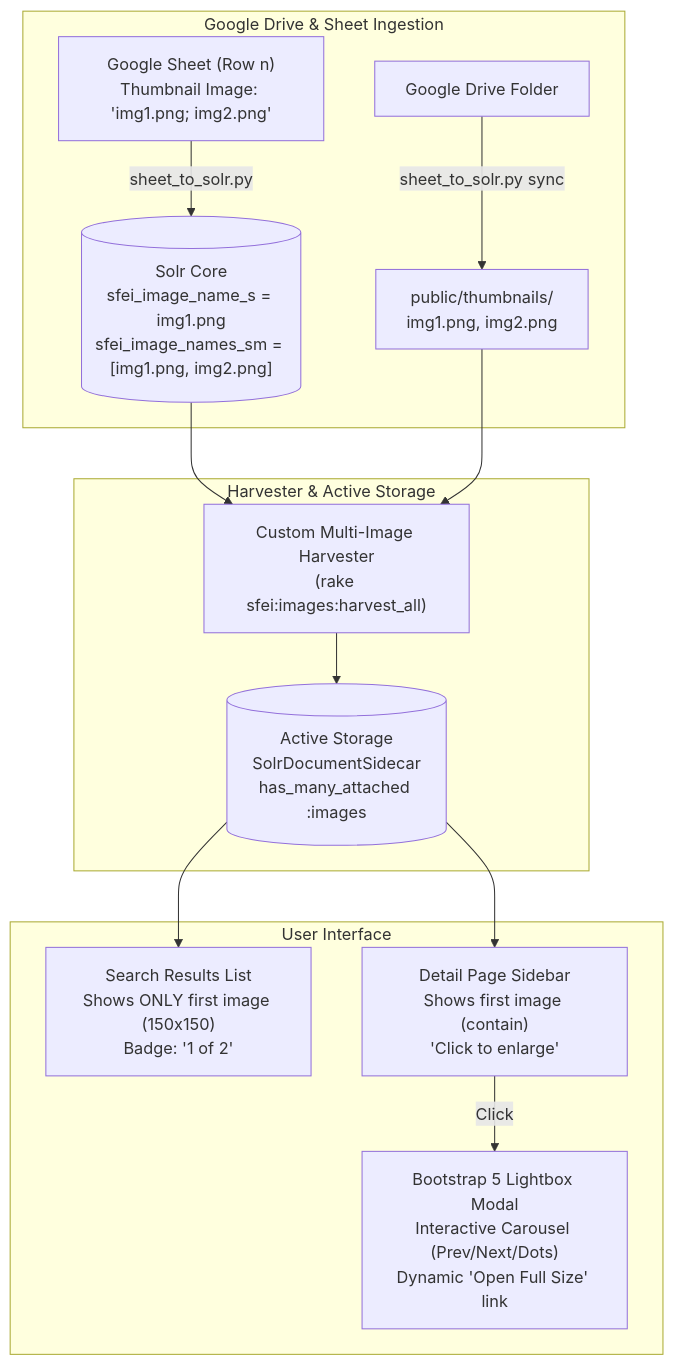
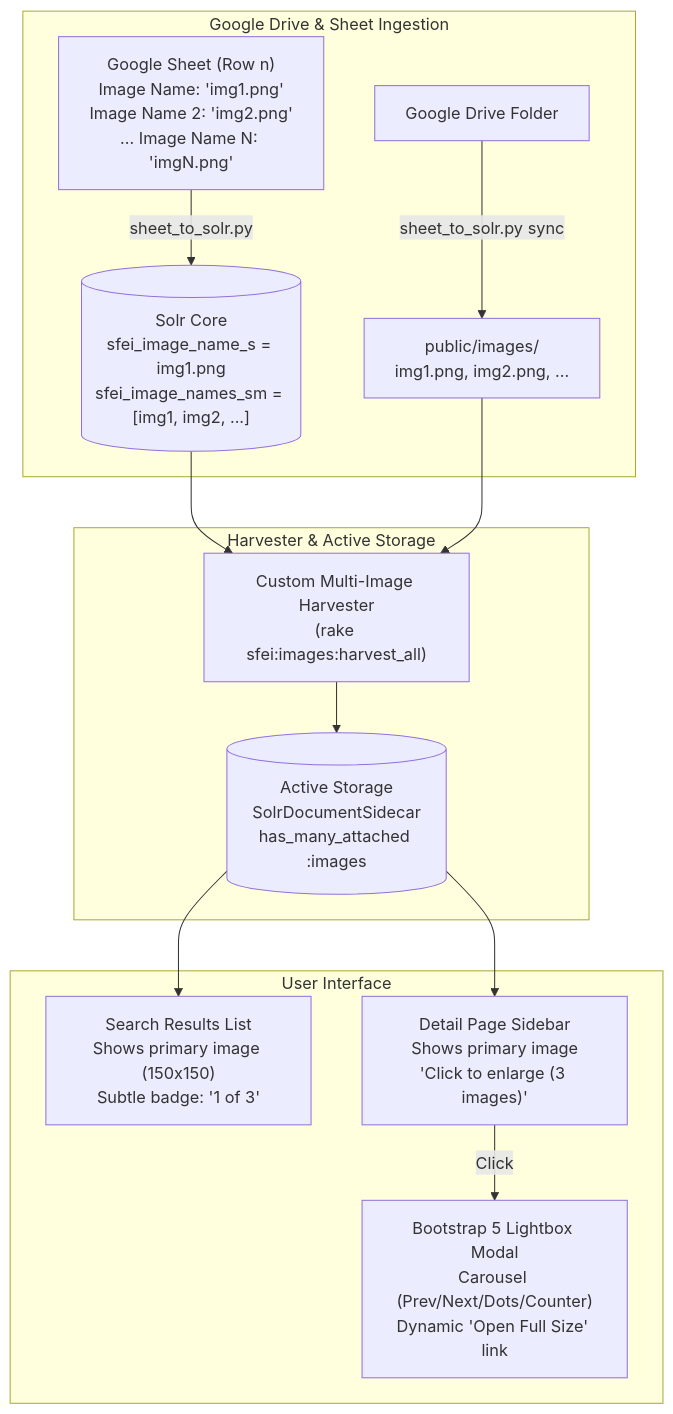
One commit to noorsheikh2/SFEI-GeoBlacklight-Internal changed the diagram in docs/specs/multiple-images-spec.md. Above: the diagram before and after it, drawn with Mermaid. The commit also changed other lines of this file and 14 other files, not shown here.

First line of the commit message:
feat: support multiple dataset images with lightbox carousel (#14)

````diff
--- a/docs/specs/multiple-images-spec.md
+++ b/docs/specs/multiple-images-spec.md
@@ -62,19 +36,19 @@
 ```mermaid
 flowchart TD
     subgraph S1["Google Drive & Sheet Ingestion"]
-        GS["Google Sheet (Row n)<br/>Thumbnail Image: 'img1.png; img2.png'"] -->|sheet_to_solr.py| Solr[("Solr Core<br/>sfei_image_name_s = img1.png<br/>sfei_image_names_sm = [img1.png, img2.png]")]
-        GDrive["Google Drive Folder"] -->|sheet_to_solr.py sync| Disk["public/thumbnails/<br/>img1.png, img2.png"]
+        GS["Google Sheet (Row n)<br/>Image Name: 'img1.png'<br/>Image Name 2: 'img2.png'<br/>... Image Name N: 'imgN.png'"] -->|sheet_to_solr.py| Solr[("Solr Core<br/>sfei_image_name_s = img1.png<br/>sfei_image_names_sm = [img1, img2, ...]")]
+        GDrive["Google Drive Folder"] -->|sheet_to_solr.py sync| Disk["public/images/<br/>img1.png, img2.png, ..."]
     end
 
     subgraph S2["Harvester & Active Storage"]
         Solr --> Harvester["Custom Multi-Image Harvester<br/>(rake sfei:images:harvest_all)"]
         Disk --> Harvester
         Harvester --> AS[("Active Storage<br/>SolrDocumentSidecar<br/>has_many_attached :images")]
     end
 
     subgraph S3["User Interface"]
-        AS --> Search["Search Results List<br/>Shows ONLY first image (150x150)<br/>Badge: '1 of 2'"]
-        AS --> Sidebar["Detail Page Sidebar<br/>Shows first image (contain)<br/>'Click to enlarge'"]
-        Sidebar -->|Click| Modal["Bootstrap 5 Lightbox Modal<br/>Interactive Carousel (Prev/Next/Dots)<br/>Dynamic 'Open Full Size' link"]
+        AS --> Search["Search Results List<br/>Shows primary image (150x150)<br/>Subtle badge: '1 of 3'"]
+        AS --> Sidebar["Detail Page Sidebar<br/>Shows primary image<br/>'Click to enlarge (3 images)'"]
+        Sidebar -->|Click| Modal["Bootstrap 5 Lightbox Modal<br/>Carousel (Prev/Next/Dots/Counter)<br/>Dynamic 'Open Full Size' link"]
     end
 ```
````
